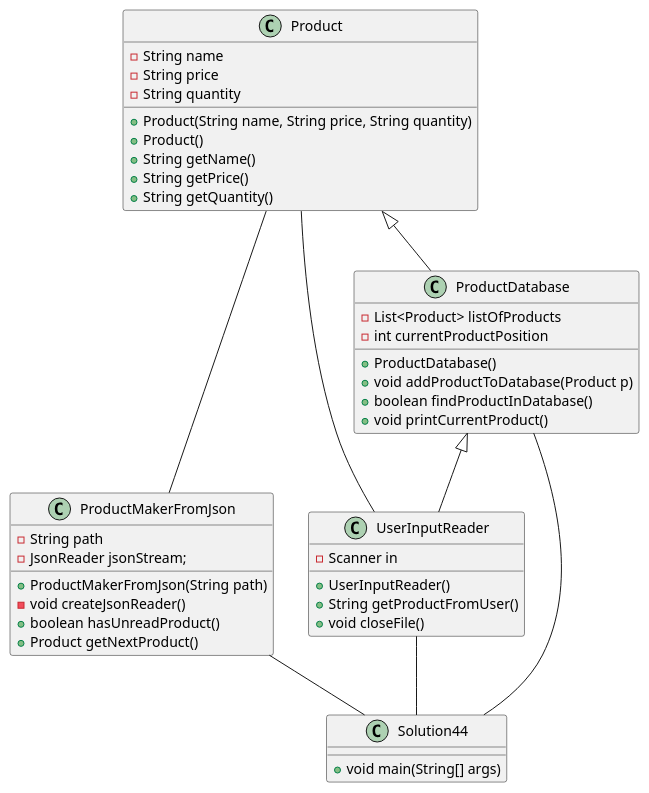
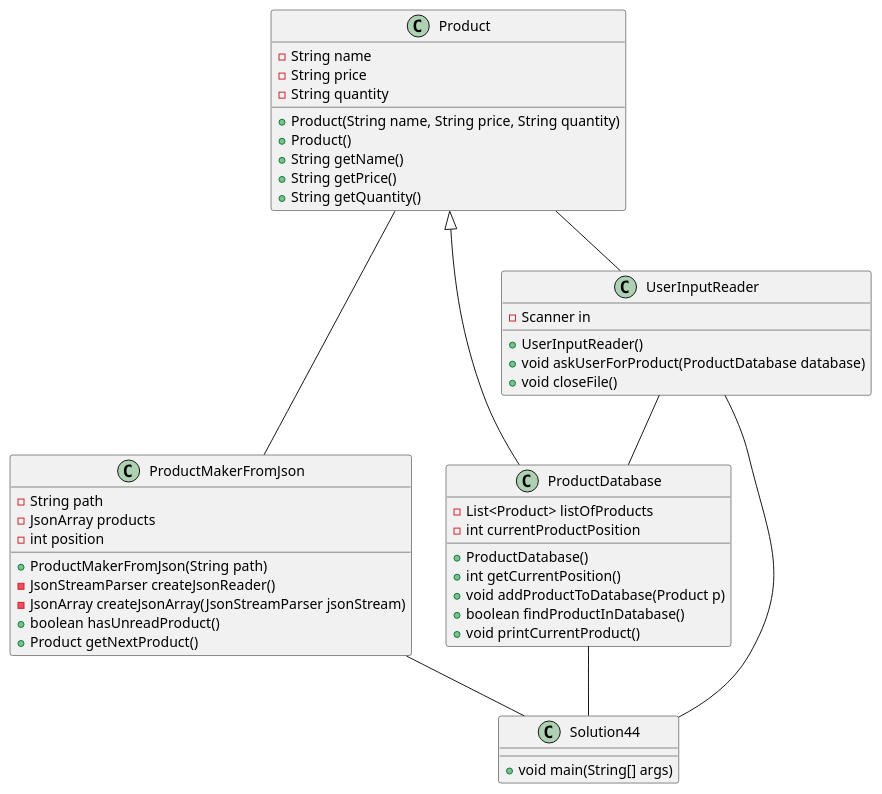
Before and after one commit to jkglaspey/glaspey-a04: the diagram in exercise44/docs/Solution44UMLDiagram.puml, drawn with PlantUML. The commit also changed 18 other files, not shown here.

```diff
--- a/exercise44/docs/Solution44UMLDiagram.puml
+++ b/exercise44/docs/Solution44UMLDiagram.puml
@@ -1,67 +1,71 @@
 @startuml
 ' This class creates Products from a json file utilizing gson
 class ProductMakerFromJson {
 ' This variable stores the path to the json
 -String path
-' This variable is a stream for reading from the json file
--JsonReader jsonStream;
+' This variable is an array of json objects containing the data for each product
+-JsonArray products
+' This variable serves as an index
+-int position
 
 ' Constructor initializes jsonStream using createJsonReader()
 +ProductMakerFromJson(String path)
--void createJsonReader()
+-JsonStreamParser createJsonReader()
+-JsonArray createJsonArray(JsonStreamParser jsonStream)
 +boolean hasUnreadProduct()
 +Product getNextProduct()
 }
 
 ' This class creates a Product object which stores the name, price, and quantity of an item
 class Product {
 -String name
 -String price
 -String quantity
 
 +Product(String name, String price, String quantity)
 +Product()
 +String getName()
 +String getPrice()
 +String getQuantity()
 }
 
 ' This class manages a specific list of Products
 class ProductDatabase {
 ' This variable stores the products from a json
 -List<Product> listOfProducts
 ' This variable saves the index of one product being located
 -int currentProductPosition
 
 ' Constructor initializes ArrayList
 +ProductDatabase()
++int getCurrentPosition()
 +void addProductToDatabase(Product p)
 +boolean findProductInDatabase()
 +void printCurrentProduct()
 }
 
 ' This class reads input from the user
 class UserInputReader {
 ' Scanner is created as System.in
 -Scanner in
 
 ' Constructor initializes Scanner
 +UserInputReader()
-+String getProductFromUser()
++void askUserForProduct(ProductDatabase database)
 +void closeFile()
 }
 
 ' This is the default solution class
 class Solution44 {
 +void main(String[] args)
 }
 
 ProductDatabase -- Solution44
 ProductMakerFromJson -- Solution44
 UserInputReader -- Solution44
 Product -- UserInputReader
+UserInputReader -- ProductDatabase
 Product -- ProductMakerFromJson
 Product <|-- ProductDatabase
-ProductDatabase <|-- UserInputReader
 
 @enduml
```
